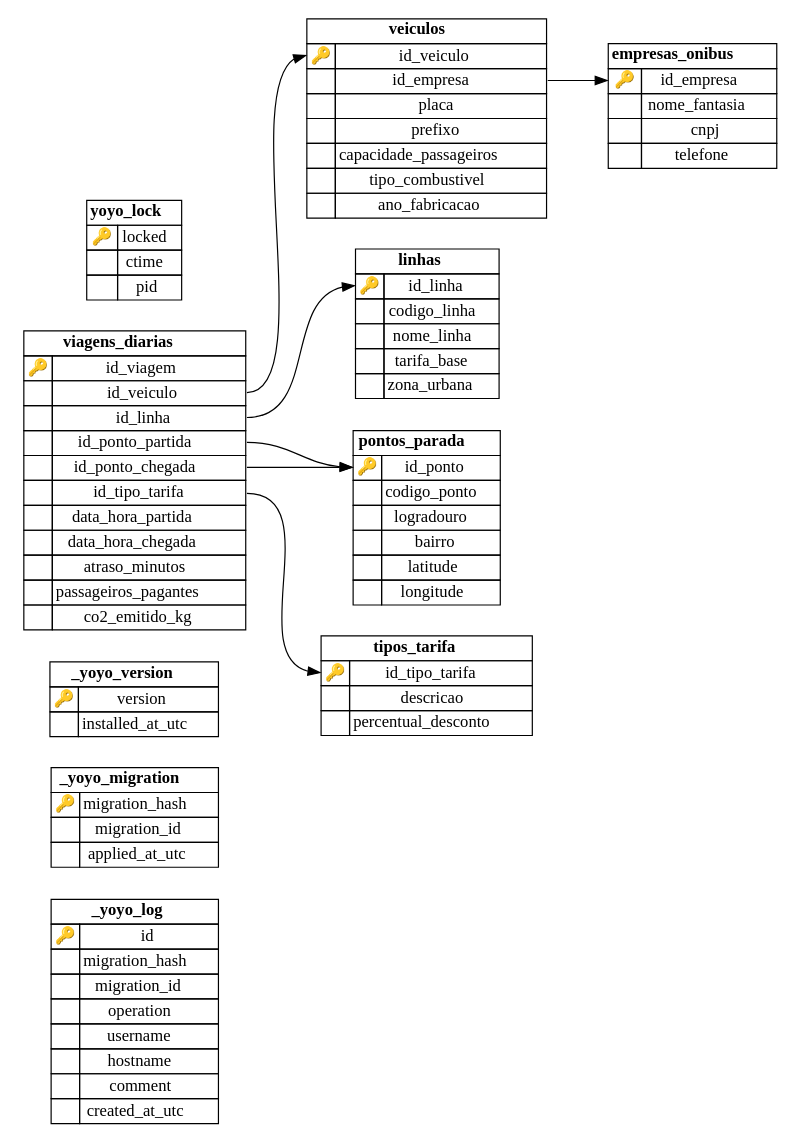
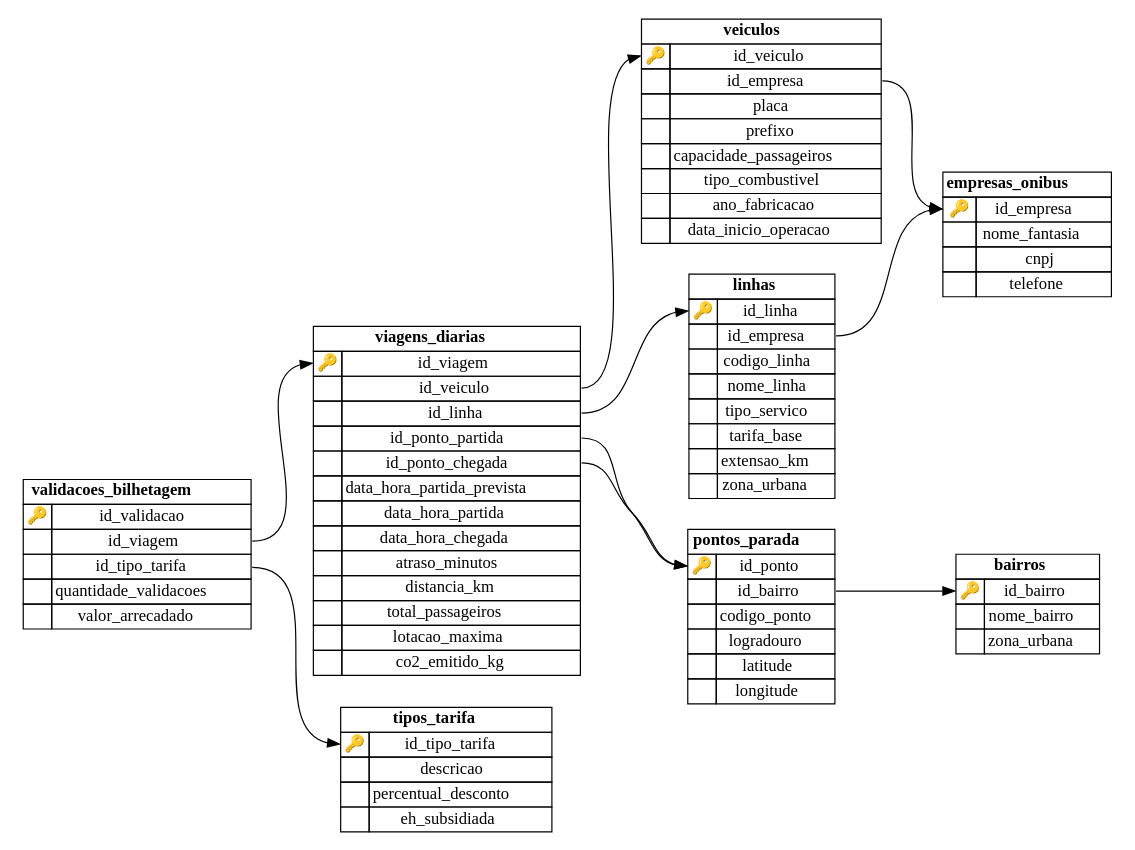
Before and after one commit to wilyJ80/tebd-trab: the diagram in schema_oltp.dot, drawn with Graphviz. The commit also changed 41 other files, not shown here.

```diff
--- a/schema_oltp.dot
+++ b/schema_oltp.dot
@@ -7,103 +7,27 @@
 
 node [shape=none]
 
-_yoyo_log [label=<
+bairros [label=<
             <TABLE BORDER="0" CELLSPACING="0" CELLBORDER="1">
                 <TR>
-                    <TD COLSPAN="2"><B>_yoyo_log</B></TD>
+                    <TD COLSPAN="2"><B>bairros</B></TD>
                 </TR>
             
                 <TR>
-                    <TD PORT="id_to">🔑</TD>
-                    <TD PORT="id_from">id</TD>
+                    <TD PORT="id_bairro_to">🔑</TD>
+                    <TD PORT="id_bairro_from">id_bairro</TD>
                 </TR>
             
 
                 <TR>
-                    <TD PORT="migration_hash_to">&nbsp;</TD>
-                    <TD PORT="migration_hash_from">migration_hash</TD>
+                    <TD PORT="nome_bairro_to">&nbsp;</TD>
+                    <TD PORT="nome_bairro_from">nome_bairro</TD>
                 </TR>
             
 
                 <TR>
-                    <TD PORT="migration_id_to">&nbsp;</TD>
-                    <TD PORT="migration_id_from">migration_id</TD>
-                </TR>
-            
-
-                <TR>
-                    <TD PORT="operation_to">&nbsp;</TD>
-                    <TD PORT="operation_from">operation</TD>
-                </TR>
-            
-
-                <TR>
-                    <TD PORT="username_to">&nbsp;</TD>
-                    <TD PORT="username_from">username</TD>
-                </TR>
-            
-
-                <TR>
-                    <TD PORT="hostname_to">&nbsp;</TD>
-                    <TD PORT="hostname_from">hostname</TD>
-                </TR>
-            
-
-                <TR>
-                    <TD PORT="comment_to">&nbsp;</TD>
-                    <TD PORT="comment_from">comment</TD>
-                </TR>
-            
-
-                <TR>
-                    <TD PORT="created_at_utc_to">&nbsp;</TD>
-                    <TD PORT="created_at_utc_from">created_at_utc</TD>
-                </TR>
-            
-            </TABLE>
-        >];
-        
-_yoyo_migration [label=<
-            <TABLE BORDER="0" CELLSPACING="0" CELLBORDER="1">
-                <TR>
-                    <TD COLSPAN="2"><B>_yoyo_migration</B></TD>
-                </TR>
-            
-                <TR>
-                    <TD PORT="migration_hash_to">🔑</TD>
-                    <TD PORT="migration_hash_from">migration_hash</TD>
-                </TR>
-            
-
-                <TR>
-                    <TD PORT="migration_id_to">&nbsp;</TD>
-                    <TD PORT="migration_id_from">migration_id</TD>
-                </TR>
-            
-
-                <TR>
-                    <TD PORT="applied_at_utc_to">&nbsp;</TD>
-                    <TD PORT="applied_at_utc_from">applied_at_utc</TD>
-                </TR>
-            
-            </TABLE>
-        >];
-        
-_yoyo_version [label=<
-            <TABLE BORDER="0" CELLSPACING="0" CELLBORDER="1">
-                <TR>
-                    <TD COLSPAN="2"><B>_yoyo_version</B></TD>
-                </TR>
-            
-                <TR>
-                    <TD PORT="version_to">🔑</TD>
-                    <TD PORT="version_from">version</TD>
-                </TR>
-            
-
-                <TR>
-                    <TD PORT="installed_at_utc_to">&nbsp;</TD>
-                    <TD PORT="installed_at_utc_from">installed_at_utc</TD>
+                    <TD PORT="zona_urbana_to">&nbsp;</TD>
+                    <TD PORT="zona_urbana_from">zona_urbana</TD>
                 </TR>
             
             </TABLE>
@@ -154,6 +78,12 @@
             
 
                 <TR>
+                    <TD PORT="id_empresa_to">&nbsp;</TD>
+                    <TD PORT="id_empresa_from">id_empresa</TD>
+                </TR>
+            
+
+                <TR>
                     <TD PORT="codigo_linha_to">&nbsp;</TD>
                     <TD PORT="codigo_linha_from">codigo_linha</TD>
                 </TR>
@@ -166,8 +96,20 @@
             
 
                 <TR>
+                    <TD PORT="tipo_servico_to">&nbsp;</TD>
+                    <TD PORT="tipo_servico_from">tipo_servico</TD>
+                </TR>
+            
+
+                <TR>
                     <TD PORT="tarifa_base_to">&nbsp;</TD>
                     <TD PORT="tarifa_base_from">tarifa_base</TD>
+                </TR>
+            
+
+                <TR>
+                    <TD PORT="extensao_km_to">&nbsp;</TD>
+                    <TD PORT="extensao_km_from">extensao_km</TD>
                 </TR>
             
 
@@ -192,6 +134,12 @@
             
 
                 <TR>
+                    <TD PORT="id_bairro_to">&nbsp;</TD>
+                    <TD PORT="id_bairro_from">id_bairro</TD>
+                </TR>
+            
+
+                <TR>
                     <TD PORT="codigo_ponto_to">&nbsp;</TD>
                     <TD PORT="codigo_ponto_from">codigo_ponto</TD>
                 </TR>
@@ -200,12 +148,6 @@
                 <TR>
                     <TD PORT="logradouro_to">&nbsp;</TD>
                     <TD PORT="logradouro_from">logradouro</TD>
-                </TR>
-            
-
-                <TR>
-                    <TD PORT="bairro_to">&nbsp;</TD>
-                    <TD PORT="bairro_from">bairro</TD>
                 </TR>
             
 
@@ -244,6 +186,50 @@
                 <TR>
                     <TD PORT="percentual_desconto_to">&nbsp;</TD>
                     <TD PORT="percentual_desconto_from">percentual_desconto</TD>
+                </TR>
+            
+
+                <TR>
+                    <TD PORT="eh_subsidiada_to">&nbsp;</TD>
+                    <TD PORT="eh_subsidiada_from">eh_subsidiada</TD>
+                </TR>
+            
+            </TABLE>
+        >];
+        
+validacoes_bilhetagem [label=<
+            <TABLE BORDER="0" CELLSPACING="0" CELLBORDER="1">
+                <TR>
+                    <TD COLSPAN="2"><B>validacoes_bilhetagem</B></TD>
+                </TR>
+            
+                <TR>
+                    <TD PORT="id_validacao_to">🔑</TD>
+                    <TD PORT="id_validacao_from">id_validacao</TD>
+                </TR>
+            
+
+                <TR>
+                    <TD PORT="id_viagem_to">&nbsp;</TD>
+                    <TD PORT="id_viagem_from">id_viagem</TD>
+                </TR>
+            
+
+                <TR>
+                    <TD PORT="id_tipo_tarifa_to">&nbsp;</TD>
+                    <TD PORT="id_tipo_tarifa_from">id_tipo_tarifa</TD>
+                </TR>
+            
+
+                <TR>
+                    <TD PORT="quantidade_validacoes_to">&nbsp;</TD>
+                    <TD PORT="quantidade_validacoes_from">quantidade_validacoes</TD>
+                </TR>
+            
+
+                <TR>
+                    <TD PORT="valor_arrecadado_to">&nbsp;</TD>
+                    <TD PORT="valor_arrecadado_from">valor_arrecadado</TD>
                 </TR>
             
             </TABLE>
@@ -296,6 +282,12 @@
                     <TD PORT="ano_fabricacao_from">ano_fabricacao</TD>
                 </TR>
             
+
+                <TR>
+                    <TD PORT="data_inicio_operacao_to">&nbsp;</TD>
+                    <TD PORT="data_inicio_operacao_from">data_inicio_operacao</TD>
+                </TR>
+            
             </TABLE>
         >];
         
@@ -336,8 +328,8 @@
             
 
                 <TR>
-                    <TD PORT="id_tipo_tarifa_to">&nbsp;</TD>
-                    <TD PORT="id_tipo_tarifa_from">id_tipo_tarifa</TD>
+                    <TD PORT="data_hora_partida_prevista_to">&nbsp;</TD>
+                    <TD PORT="data_hora_partida_prevista_from">data_hora_partida_prevista</TD>
                 </TR>
             
 
@@ -360,8 +352,20 @@
             
 
                 <TR>
-                    <TD PORT="passageiros_pagantes_to">&nbsp;</TD>
-                    <TD PORT="passageiros_pagantes_from">passageiros_pagantes</TD>
+                    <TD PORT="distancia_km_to">&nbsp;</TD>
+                    <TD PORT="distancia_km_from">distancia_km</TD>
+                </TR>
+            
+
+                <TR>
+                    <TD PORT="total_passageiros_to">&nbsp;</TD>
+                    <TD PORT="total_passageiros_from">total_passageiros</TD>
+                </TR>
+            
+
+                <TR>
+                    <TD PORT="lotacao_maxima_to">&nbsp;</TD>
+                    <TD PORT="lotacao_maxima_from">lotacao_maxima</TD>
                 </TR>
             
 
@@ -373,34 +377,11 @@
             </TABLE>
         >];
         
-yoyo_lock [label=<
-            <TABLE BORDER="0" CELLSPACING="0" CELLBORDER="1">
-                <TR>
-                    <TD COLSPAN="2"><B>yoyo_lock</B></TD>
-                </TR>
-            
-                <TR>
-                    <TD PORT="locked_to">🔑</TD>
-                    <TD PORT="locked_from">locked</TD>
-                </TR>
-            
-
-                <TR>
-                    <TD PORT="ctime_to">&nbsp;</TD>
-                    <TD PORT="ctime_from">ctime</TD>
-                </TR>
-            
-
-                <TR>
-                    <TD PORT="pid_to">&nbsp;</TD>
-                    <TD PORT="pid_from">pid</TD>
-                </TR>
-            
-            </TABLE>
-        >];
-        
+pontos_parada:id_bairro_from:e -> bairros:id_bairro_to:w
+validacoes_bilhetagem:id_tipo_tarifa_from:e -> tipos_tarifa:id_tipo_tarifa_to:w
+validacoes_bilhetagem:id_viagem_from:e -> viagens_diarias:id_viagem_to:w
 veiculos:id_empresa_from:e -> empresas_onibus:id_empresa_to:w
-viagens_diarias:id_tipo_tarifa_from:e -> tipos_tarifa:id_tipo_tarifa_to:w
+linhas:id_empresa_from:e -> empresas_onibus:id_empresa_to:w
 viagens_diarias:id_ponto_chegada_from:e -> pontos_parada:id_ponto_to:w
 viagens_diarias:id_ponto_partida_from:e -> pontos_parada:id_ponto_to:w
 viagens_diarias:id_linha_from:e -> linhas:id_linha_to:w
```
